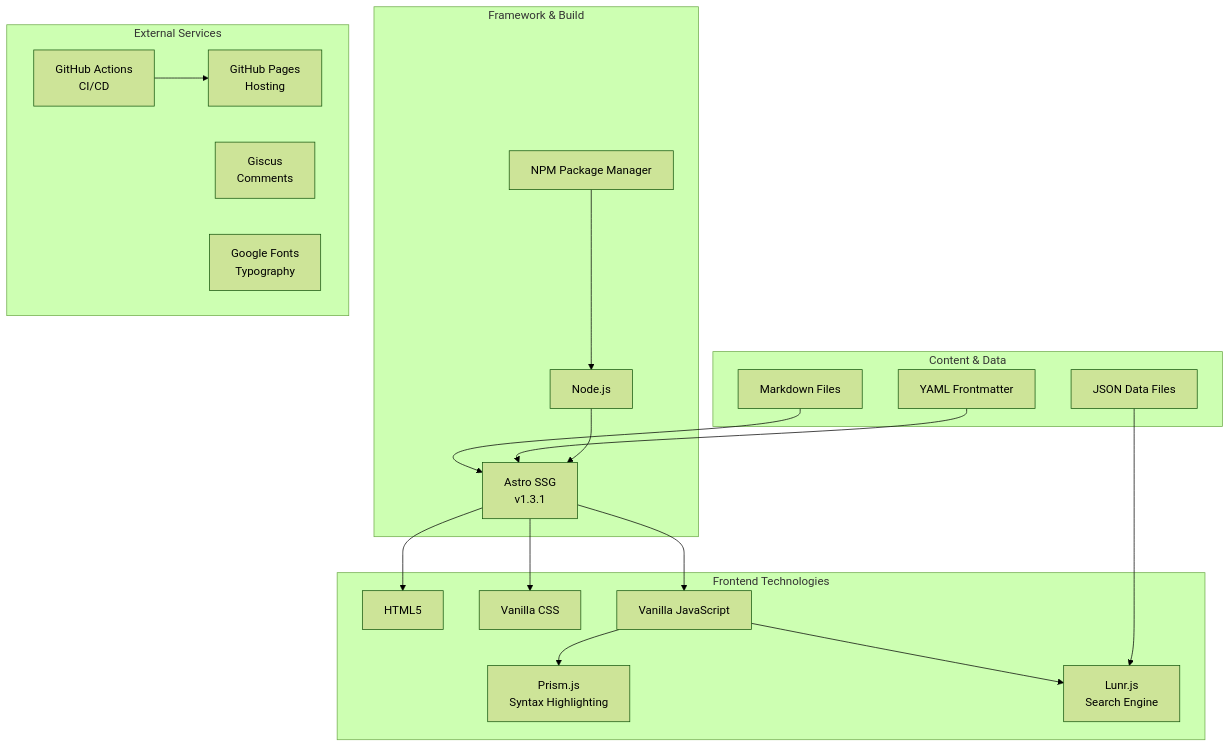
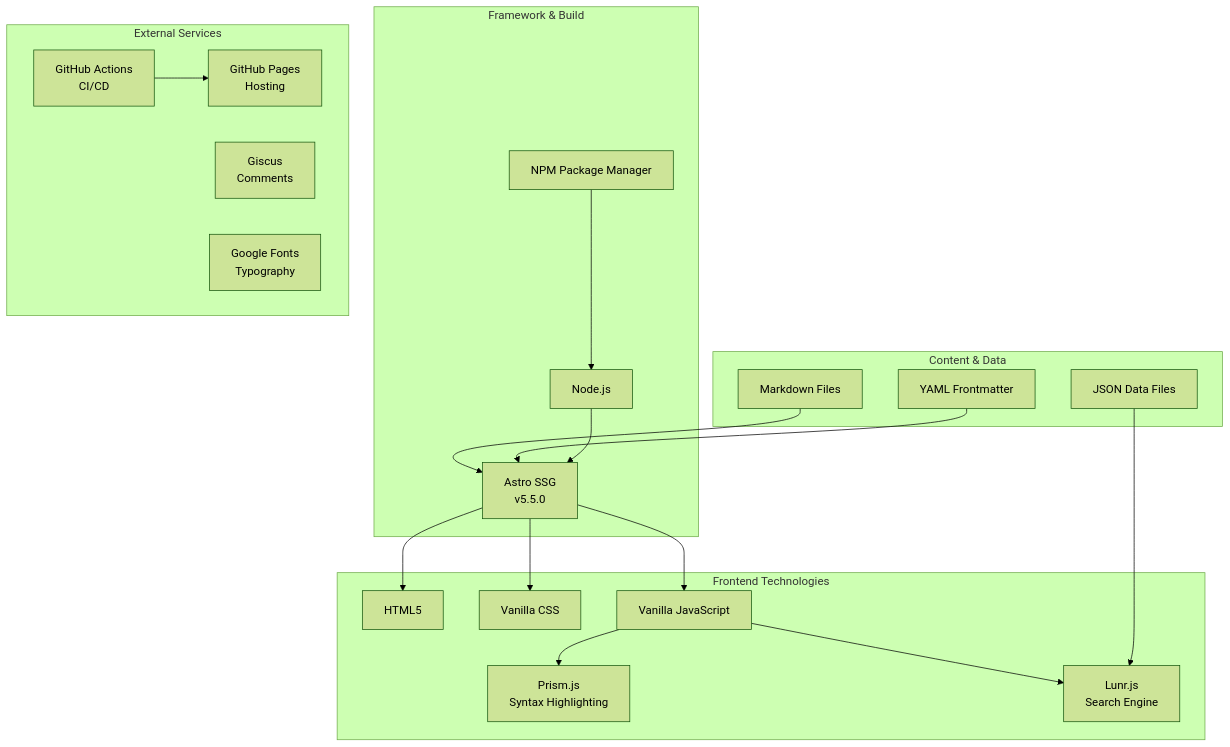
Before and after one commit to ikristina/ikristina.github.io: the seventh of 12 diagrams in docs/architecture-diagrams.md, drawn with Mermaid (forest theme). The commit also changed other lines of this file and 18 other files, not shown here.

First line of the commit message:
Fix diagrams, syntax highlighting, and pagination

````diff
--- a/docs/architecture-diagrams.md
+++ b/docs/architecture-diagrams.md
@@ -218,44 +218,44 @@
 ```mermaid
 graph TB
     subgraph "Frontend Technologies"
         HTML5[HTML5]
         CSS3[Vanilla CSS]
         VanillaJS[Vanilla JavaScript]
         Prism[Prism.js<br/>Syntax Highlighting]
         Lunr[Lunr.js<br/>Search Engine]
     end
     
     subgraph "Framework & Build"
-        Astro[Astro SSG<br/>v1.3.1]
+        Astro[Astro SSG<br/>v5.5.0]
         Node[Node.js]
         NPM[NPM Package Manager]
     end
     
     subgraph "Content & Data"
         Markdown[Markdown Files]
         YAML[YAML Frontmatter]
         JSON[JSON Data Files]
     end
     
     subgraph "External Services"
         GitHubPages[GitHub Pages<br/>Hosting]
         GitHubActions[GitHub Actions<br/>CI/CD]
         Giscus[Giscus<br/>Comments]
         GoogleFonts[Google Fonts<br/>Typography]
     end
     
     Astro --> HTML5
     Astro --> CSS3
     Astro --> VanillaJS
     VanillaJS --> Prism
     VanillaJS --> Lunr
     
     Markdown --> Astro
     YAML --> Astro
     JSON --> Lunr
     
     Node --> Astro
     NPM --> Node
     
     GitHubActions --> GitHubPages
 ```
````
